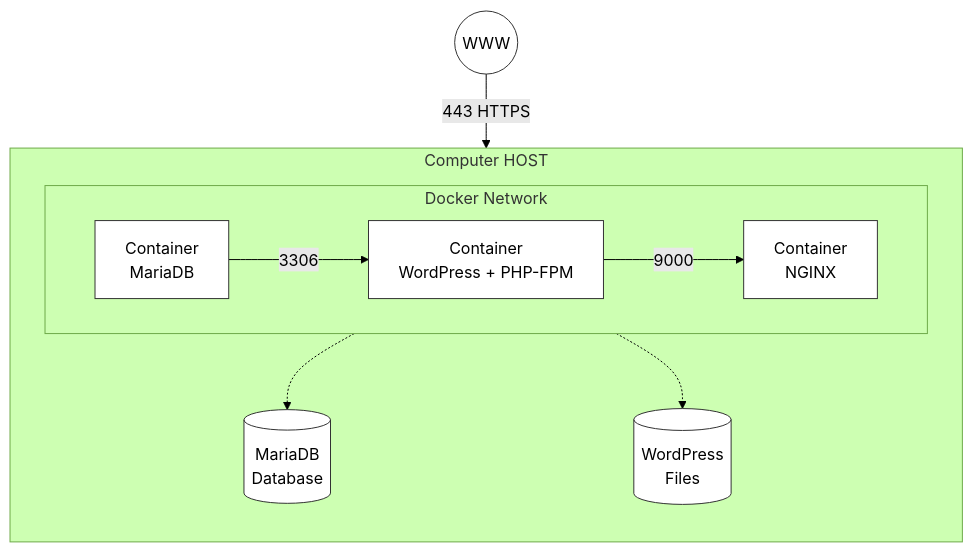
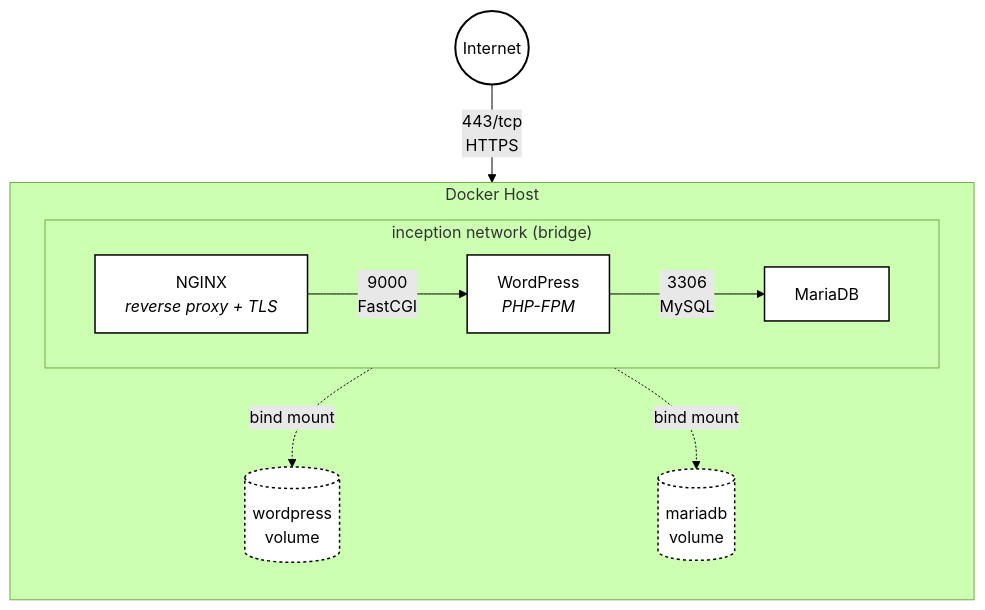
The diagram in README.md (elel-m-b/Inception), drawn with Mermaid (forest theme) before and after one commit.

Commit message:
Update architecture diagram in README.md

````diff
--- a/README.md
+++ b/README.md
@@ -21,35 +21,34 @@
 ```mermaid
 flowchart TB
-    WWW(("WWW"))
+    WWW(("Internet"))
 
-    subgraph HOST["Computer HOST"]
+    subgraph HOST["Docker Host"]
         direction TB
 
-        subgraph NETWORK["Docker Network"]
+        subgraph NETWORK["inception network (bridge)"]
             direction LR
+            NGINX["NGINX<br/><i>reverse proxy + TLS</i>"]
+            WP["WordPress<br/><i>PHP-FPM</i>"]
+            DB["MariaDB"]
 
-            DB["Container<br/>MariaDB"]
-            WP["Container<br/>WordPress + PHP-FPM"]
-            NGINX["Container<br/>NGINX"]
-
-            DB -->|3306| WP
-            WP -->|9000| NGINX
+            NGINX -->|"9000<br/>FastCGI"| WP
+            WP -->|"3306<br/>MySQL"| DB
         end
 
-        DB_VOL[("MariaDB<br/>Database")]
-        WP_VOL[("WordPress<br/>Files")]
-        
-        DB -.-> DB_VOL
-        WP -.-> WP_VOL
+        WP_VOL[("wordpress<br/>volume")]
+        DB_VOL[("mariadb<br/>volume")]
+
+        WP -.->|bind mount| WP_VOL
+        DB -.->|bind mount| DB_VOL
     end
 
-    WWW -->|443 HTTPS| NGINX
+    WWW -->|"443/tcp<br/>HTTPS"| NGINX
 
-    classDef container fill:#fff,stroke:#333,stroke-width:1px
-    classDef volume fill:#fff,stroke:#333,stroke-width:1px
-    classDef external fill:#fff,stroke:#333,stroke-width:1px
+    classDef container fill:#ffffff,stroke:#000000,stroke-width:1.5px,color:#000000
+    classDef volume fill:#ffffff,stroke:#000000,stroke-width:1.5px,color:#000000,stroke-dasharray: 3 3
+    classDef external fill:#ffffff,stroke:#000000,stroke-width:2px,color:#000000
 
-    class DB,WP,NGINX container
-    class DB_VOL,WP_VOL volume
+    class NGINX,WP,DB container
+    class WP_VOL,DB_VOL volume
     class WWW external
 ```
````
